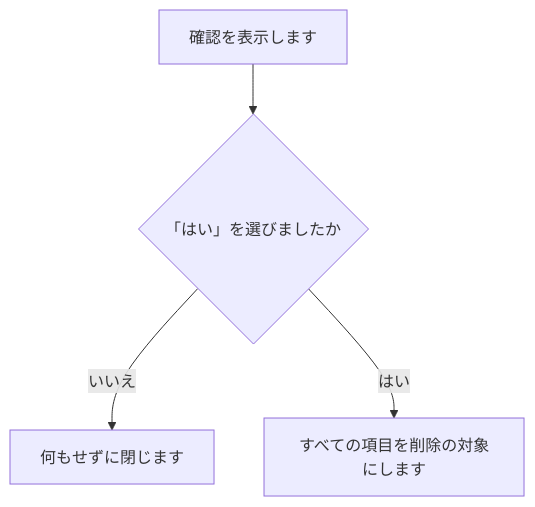
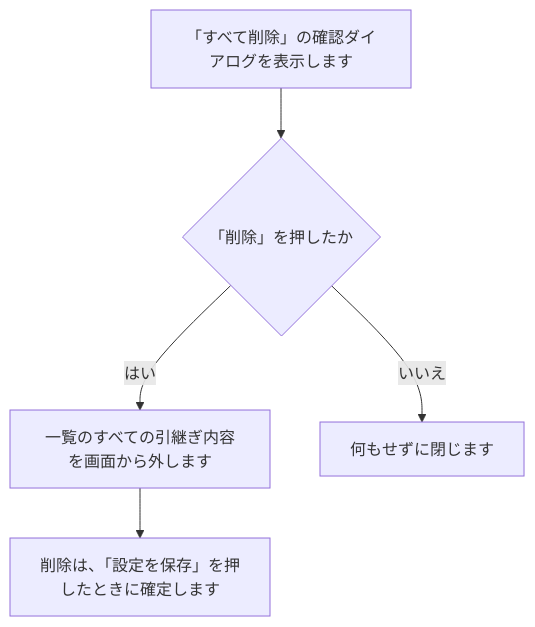
One commit to nishida2073/project_management changed diagram 20 of 33 in tool/smstokintone/doc/02_設計/処理フロー.md. Above: the diagram before and after it, drawn with Mermaid. The commit also changed other lines of this file and 5 other files, not shown here.

````diff
--- a/tool/smstokintone/doc/02_設計/処理フロー.md
+++ b/tool/smstokintone/doc/02_設計/処理フロー.md
@@ -259,6 +339,7 @@
 ```mermaid
 flowchart TD
-  A[確認を表示します] --> B{「はい」を選びましたか}
-  B -- いいえ --> C[何もせずに閉じます]
-  B -- はい --> D[すべての項目を削除の対象にします]
+  A["「すべて削除」の確認ダイアログを表示します"] --> B{"「削除」を押したか"}
+  B -- はい --> D["一覧のすべての引継ぎ内容を画面から外します"]
+  B -- いいえ --> C["何もせずに閉じます"]
+  D --> E["削除は、「設定を保存」を押したときに確定します"]
 ```
````
